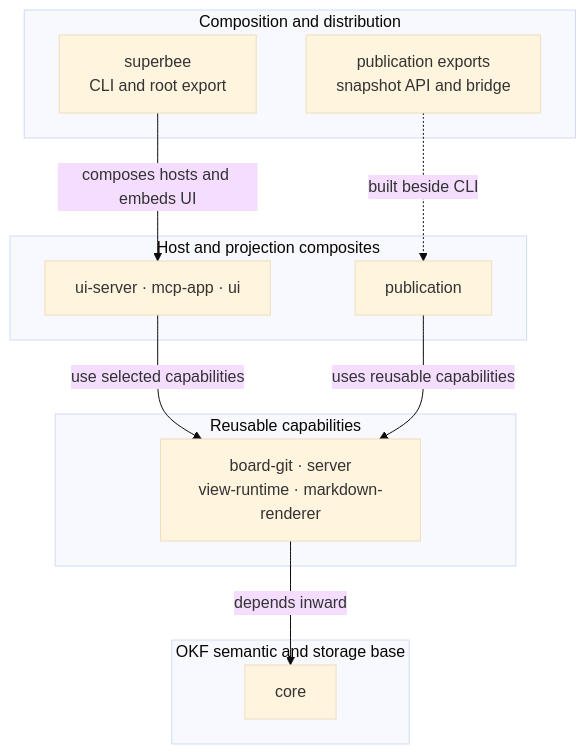
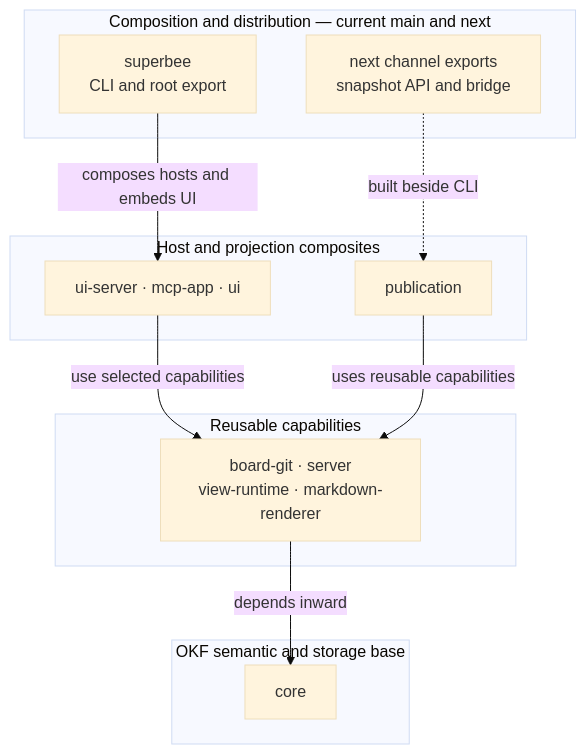
The diagram in .superbee/visuals/sources/architecture-at-a-glance.mmd (Holaxis-ai/superbee-docs), drawn with Mermaid (base theme) before and after one commit. The commit also changed 5 other files, not shown here.

Commit message:
fix(docs): clarify architecture release boundaries

```diff
--- a/.superbee/visuals/sources/architecture-at-a-glance.mmd
+++ b/.superbee/visuals/sources/architecture-at-a-glance.mmd
@@ -1,33 +1,33 @@
 flowchart TB
   accTitle: Superbee architecture at a glance
   accDescr {
     The installed superbee package composes private host and projection packages plus reusable
     capabilities. Those packages depend inward on core, which owns bundle semantics and storage
-    contracts. Publication modules and built UI assets are shipped beside the CLI without making
-    private workspaces separate user installs.
+    contracts. On the current main and next release line, publication modules and built UI assets
+    are shipped beside the CLI without making private workspaces separate user installs.
   }
 
-  subgraph distribution["Composition and distribution"]
+  subgraph distribution["Composition and distribution — current main and next"]
     cli["superbee<br/>CLI and root export"]
-    publicModules["publication exports<br/>snapshot API and bridge"]
+    publicModules["next channel exports<br/>snapshot API and bridge"]
   end
 
   subgraph hosts["Host and projection composites"]
     hostAdapters["ui-server · mcp-app · ui"]
     publication["publication"]
   end
 
   subgraph capabilities["Reusable capabilities"]
     reusable["board-git · server<br/>view-runtime · markdown-renderer"]
   end
 
   subgraph semantics["OKF semantic and storage base"]
     core["core"]
   end
 
   cli -->|"composes hosts and embeds UI"| hostAdapters
   publicModules -. "built beside CLI" .-> publication
 
   hostAdapters -->|"use selected capabilities"| reusable
   publication -->|"uses reusable capabilities"| reusable
   reusable -->|"depends inward"| core
```
